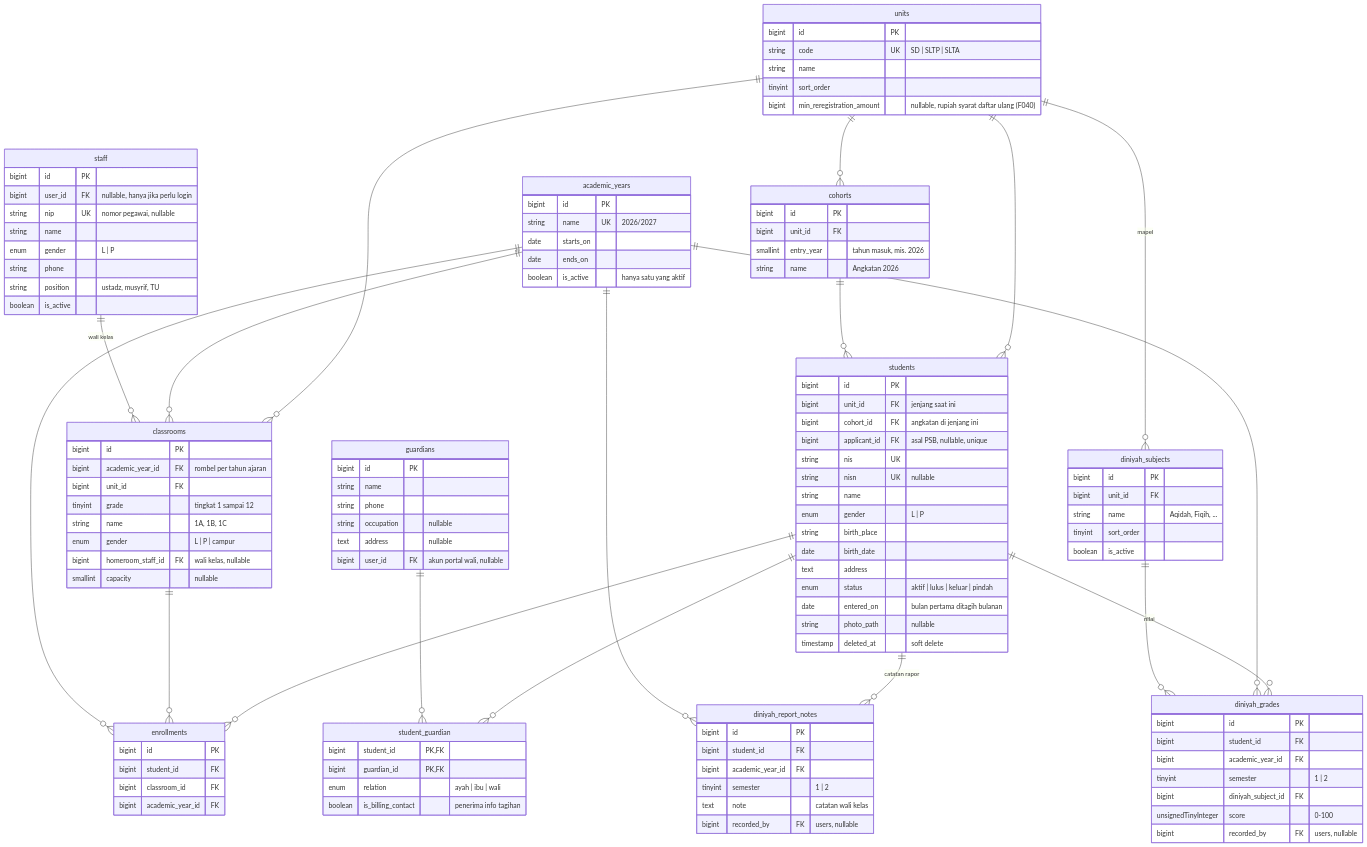
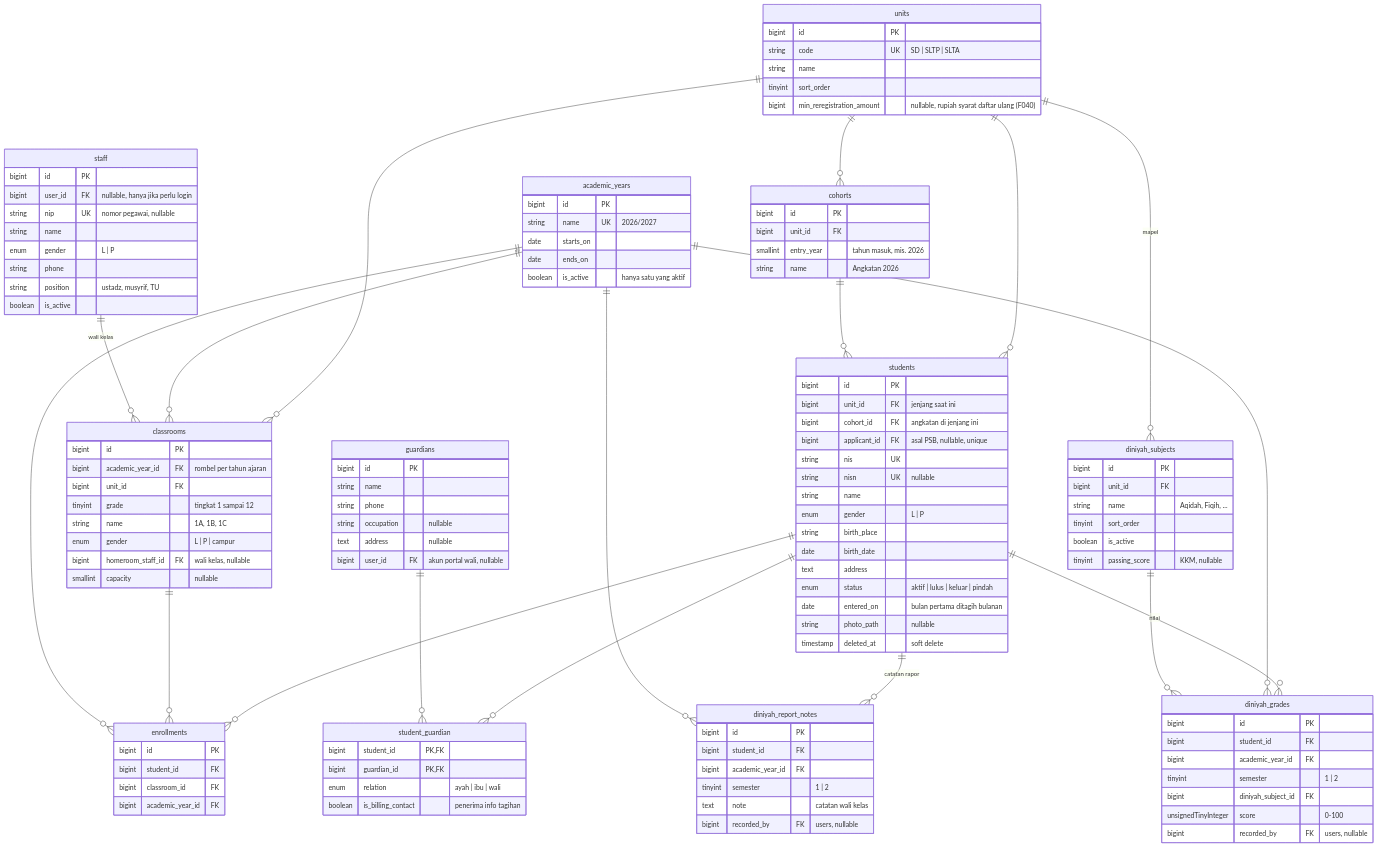
One commit to dankedev/pondok changed the second of 14 diagrams in docs/erd.md. Above: the diagram before and after it, drawn with Mermaid. The commit also changed other lines of this file and 6 other files, not shown here.

```diff
--- a/docs/erd.md
+++ b/docs/erd.md
@@ -156,6 +156,7 @@
     string name "Aqidah, Fiqih, ..."
     tinyint sort_order
     boolean is_active
+    tinyint passing_score "KKM, nullable"
   }
   diniyah_grades {
     bigint id PK
```
